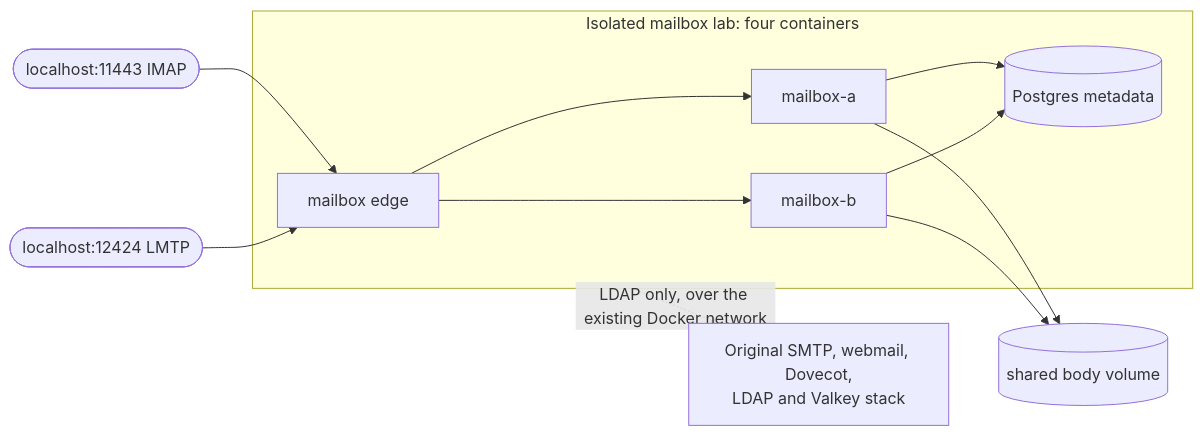
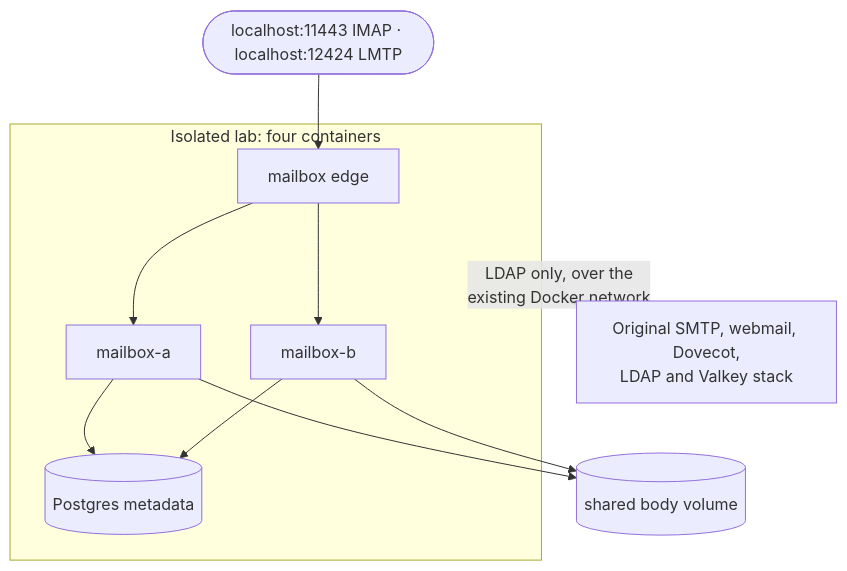
One commit to EvalAlan/elemta changed the diagram in docs/diagrams/mailbox-lab.mmd. Above: the diagram before and after it, drawn with Mermaid. The commit also changed 18 other files, not shown here.

First line of the commit message:
Docs: redraw the diagrams to read top to bottom

```diff
--- a/docs/diagrams/mailbox-lab.mmd
+++ b/docs/diagrams/mailbox-lab.mmd
@@ -1,18 +1,16 @@
-flowchart LR
-    imap(["localhost:11443 IMAP"])
-    lmtp(["localhost:12424 LMTP"])
-    subgraph lab["Isolated mailbox lab: four containers"]
+flowchart TB
+    ports(["localhost:11443 IMAP · localhost:12424 LMTP"])
+    subgraph lab["Isolated lab: four containers"]
         edge["mailbox edge"]
         a["mailbox-a"]
         b["mailbox-b"]
         pg[("Postgres metadata")]
     end
     bodies[("shared body volume")]
     stack["Original SMTP, webmail, Dovecot,<br/>LDAP and Valkey stack"]
 
-    imap --> edge
-    lmtp --> edge
+    ports --> edge
     edge --> a & b
     a & b --> pg
     a & b --> bodies
-    lab -. "LDAP only, over the existing Docker network" .-> stack
+    lab -. "LDAP only, over the<br/>existing Docker network" .-> stack
```
